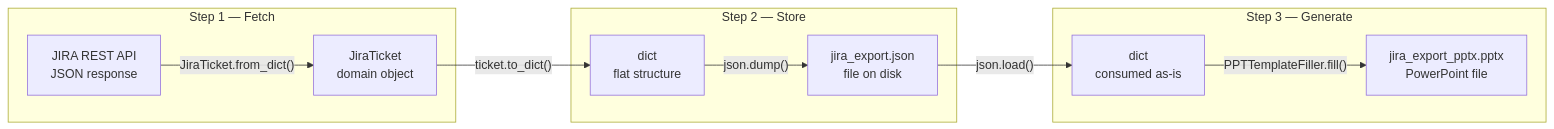
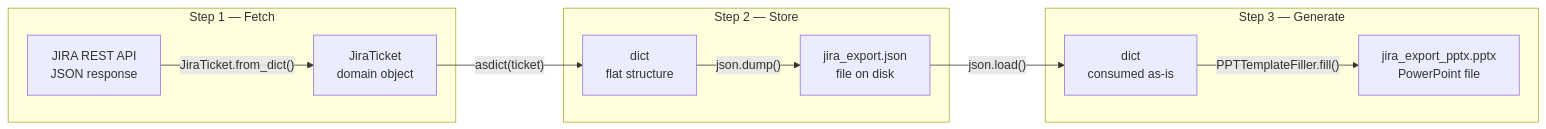
One commit to baochen-rw/JIRA-exporter changed the third of 3 diagrams in design/detailed design.md. Above: the diagram before and after it, drawn with Mermaid. The commit also changed other lines of this file and 14 other files, not shown here.

````diff
--- a/design/detailed design.md
+++ b/design/detailed design.md
@@ -135,23 +163,23 @@
 ```mermaid
 graph LR
     subgraph "Step 1 — Fetch"
         A[JIRA REST API<br/>JSON response]
         B[JiraTicket<br/>domain object]
     end
 
     subgraph "Step 2 — Store"
         C[dict<br/>flat structure]
         D[jira_export.json<br/>file on disk]
     end
 
     subgraph "Step 3 — Generate"
         E[dict<br/>consumed as-is]
         F[jira_export_pptx.pptx<br/>PowerPoint file]
     end
 
     A -->|"JiraTicket.from_dict()"| B
-    B -->|"ticket.to_dict()"| C
+    B -->|"asdict(ticket)"| C
     C -->|"json.dump()"| D
     D -->|"json.load()"| E
     E -->|"PPTTemplateFiller.fill()"| F
 ```
````
